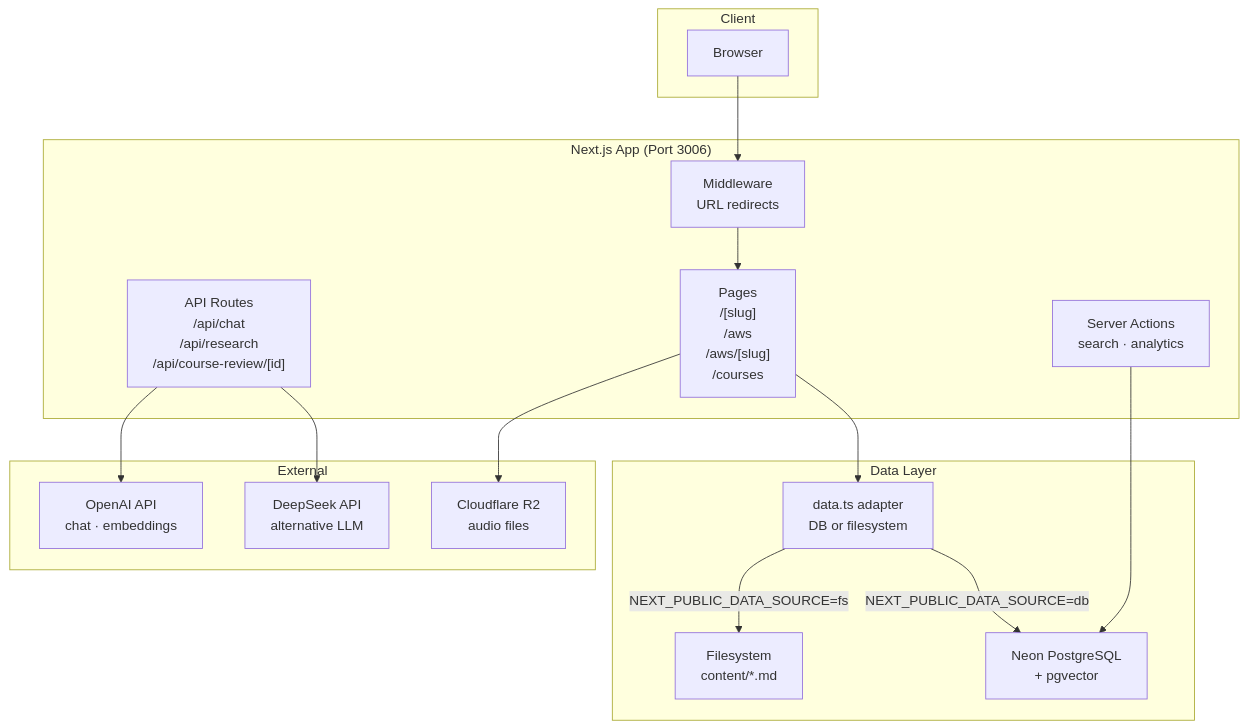
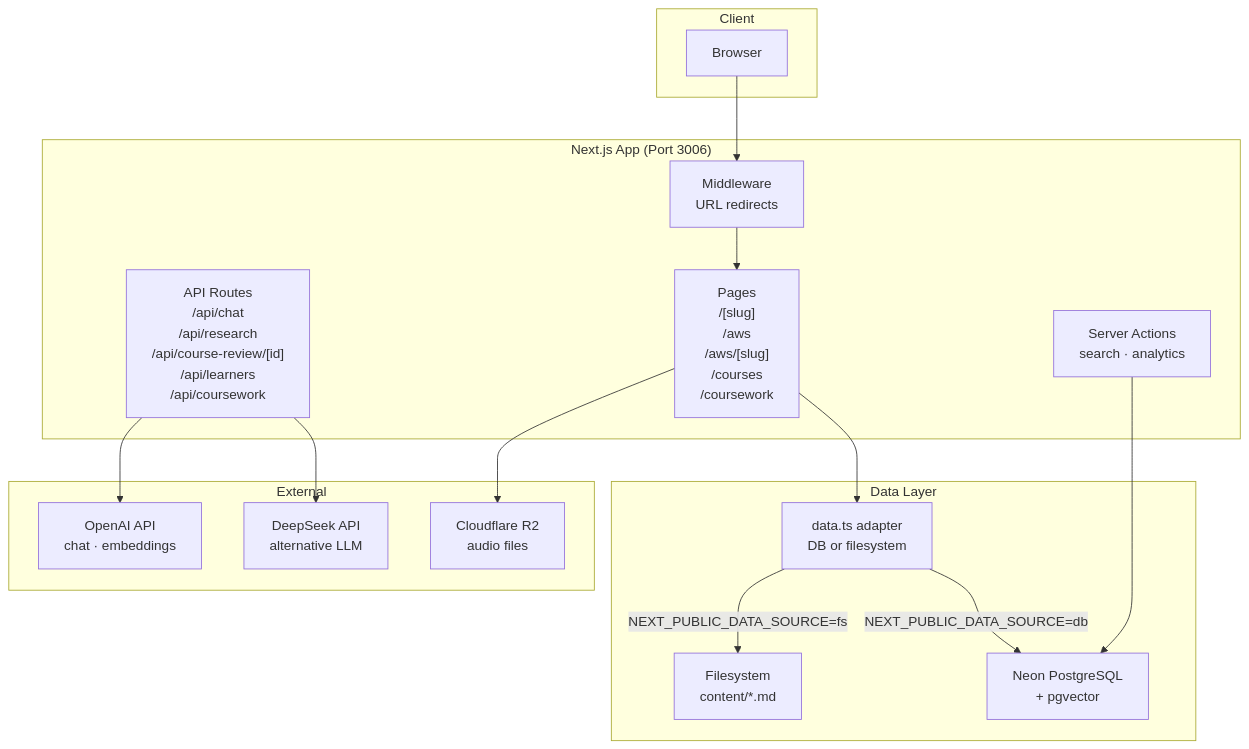
One commit to v9ai/ai-apps changed the first of 12 diagrams in apps/knowledge/README.md. Above: the diagram before and after it, drawn with Mermaid. The commit also changed other lines of this file and 3 other files, not shown here.

````diff
--- a/apps/knowledge/README.md
+++ b/apps/knowledge/README.md
@@ -18,35 +18,35 @@
 ```mermaid
 graph TD
     subgraph Client
         Browser["Browser"]
     end
 
     subgraph Next.js["Next.js App (Port 3006)"]
-        Pages["Pages\n/[slug]\n/aws\n/aws/[slug]\n/courses"]
-        API["API Routes\n/api/chat\n/api/research\n/api/course-review/[id]"]
+        Pages["Pages\n/[slug]\n/aws\n/aws/[slug]\n/courses\n/coursework"]
+        API["API Routes\n/api/chat\n/api/research\n/api/course-review/[id]\n/api/learners\n/api/coursework"]
         SA["Server Actions\nsearch · analytics"]
         MW["Middleware\nURL redirects"]
     end
 
     subgraph Data["Data Layer"]
         Adapter["data.ts adapter\nDB or filesystem"]
         FS["Filesystem\ncontent/*.md"]
         DB["Neon PostgreSQL\n+ pgvector"]
     end
 
     subgraph External
         OpenAI["OpenAI API\nchat · embeddings"]
         DeepSeek["DeepSeek API\nalternative LLM"]
         R2["Cloudflare R2\naudio files"]
     end
 
     Browser --> MW
     MW --> Pages
     Pages --> Adapter
     SA --> DB
     API --> OpenAI
     API --> DeepSeek
     Adapter -->|NEXT_PUBLIC_DATA_SOURCE=db| DB
     Adapter -->|NEXT_PUBLIC_DATA_SOURCE=fs| FS
     Pages --> R2
 ```
````
